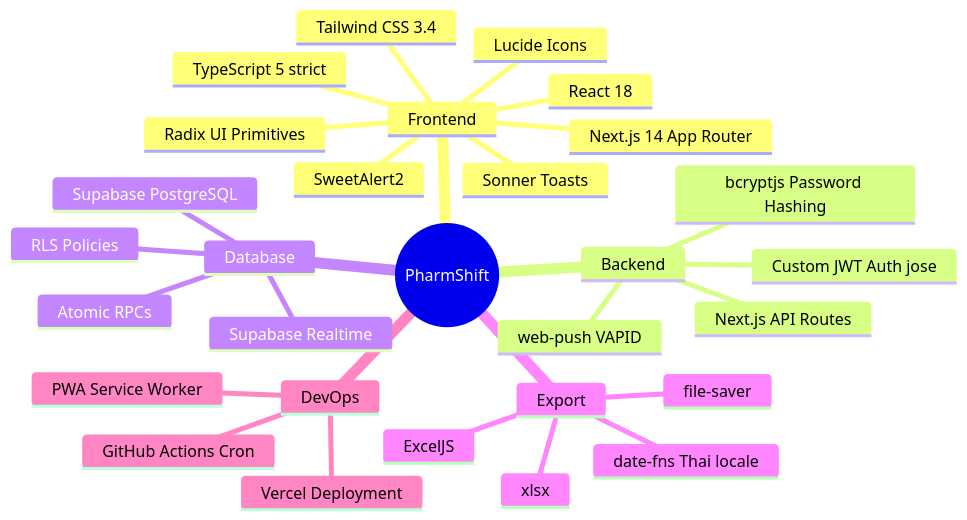
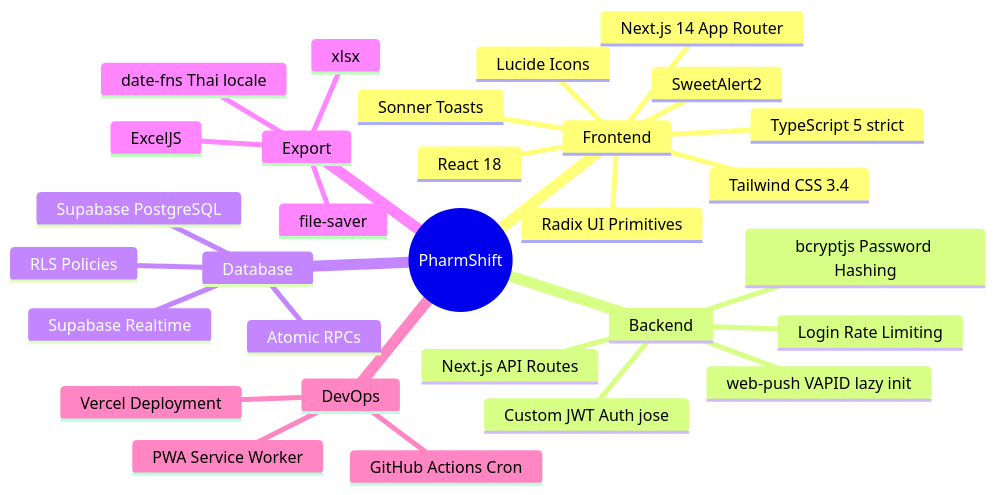
One commit to codex074/pharmshift changed the fourth of 5 diagrams in README.md. Above: the diagram before and after it, drawn with Mermaid. The commit also changed other lines of this file, not shown here.

````diff
--- a/README.md
+++ b/README.md
@@ -134,32 +135,33 @@
 ```mermaid
 mindmap
   root((PharmShift))
     Frontend
       Next.js 14 App Router
       React 18
       TypeScript 5 strict
       Tailwind CSS 3.4
       Radix UI Primitives
       Lucide Icons
       Sonner Toasts
       SweetAlert2
     Backend
       Next.js API Routes
       Custom JWT Auth jose
       bcryptjs Password Hashing
-      web-push VAPID
+      Login Rate Limiting
+      web-push VAPID lazy init
     Database
       Supabase PostgreSQL
       Supabase Realtime
       RLS Policies
       Atomic RPCs
     Export
       ExcelJS
       xlsx
       file-saver
       date-fns Thai locale
     DevOps
       Vercel Deployment
       GitHub Actions Cron
       PWA Service Worker
 ```
````
